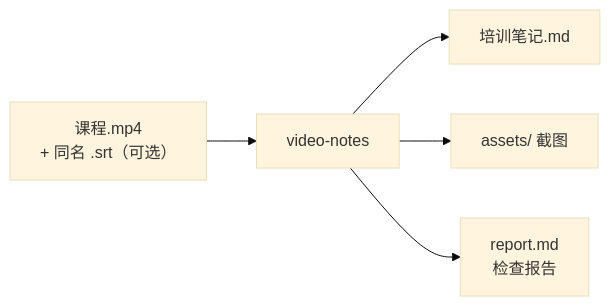
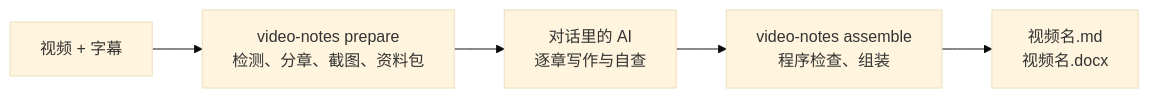
Before and after one commit to songyang8964/video-notes: the diagram in README.md, drawn with Mermaid (base theme). The commit also changed other lines of this file and 22 other files, not shown here.

First line of the commit message:
Agent mode only: remove the automatic mode; notes named after the video, with a Word copy

````diff
--- a/README.md
+++ b/README.md
@@ -30,7 +28,7 @@
 ```mermaid
 flowchart LR
-    A["课程.mp4<br/>+ 同名 .srt（可选）"] --> B["video-notes"]
-    B --> C["培训笔记.md"]
-    B --> D["assets/ 截图"]
-    B --> E["report.md<br/>检查报告"]
+    V["视频 + 字幕"] --> P["video-notes prepare<br/>检测、分章、截图、资料包"]
+    P --> A["对话里的 AI<br/>逐章写作与自查"]
+    A --> S["video-notes assemble<br/>程序检查、组装"]
+    S --> O["视频名.md<br/>视频名.docx"]
 ```
````
